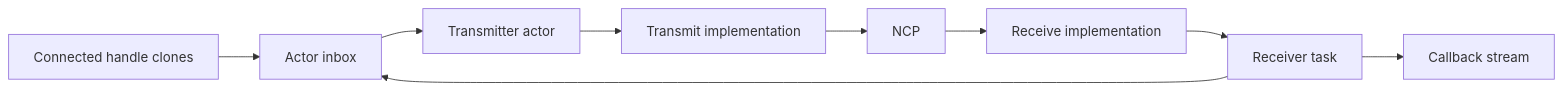
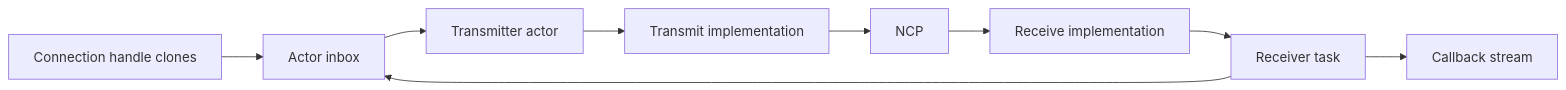
One commit to PaulmannLighting/ezsp changed the diagram in README.md. Above: the diagram before and after it, drawn with Mermaid. The commit also changed other lines of this file and 21 other files, not shown here.

````diff
--- a/README.md
+++ b/README.md
@@ -55,11 +54,11 @@
 ```mermaid
 flowchart LR
-    callers[Connected handle clones] --> commands[Actor inbox]
+    callers[Connection handle clones] --> commands[Actor inbox]
     commands --> transmitter[Transmitter actor]
     transmitter --> tx[Transmit implementation]
     tx --> ncp[NCP]
     ncp --> rx[Receive implementation]
     rx --> receiver[Receiver task]
     receiver --> commands
     receiver --> callbacks[Callback stream]
 ```
````
